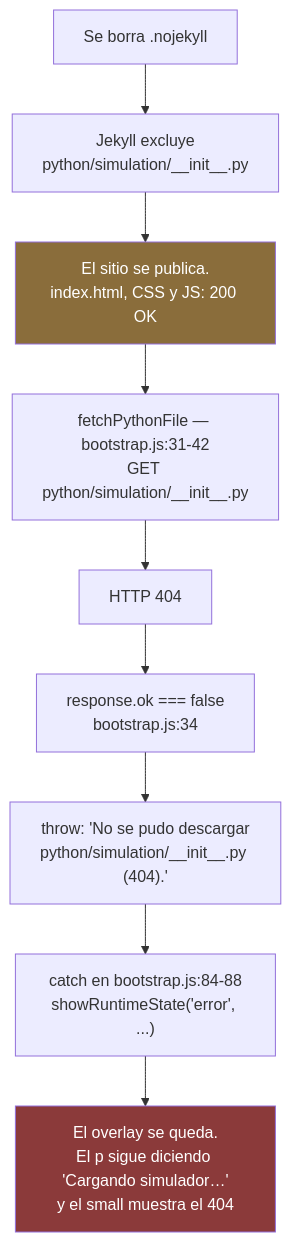
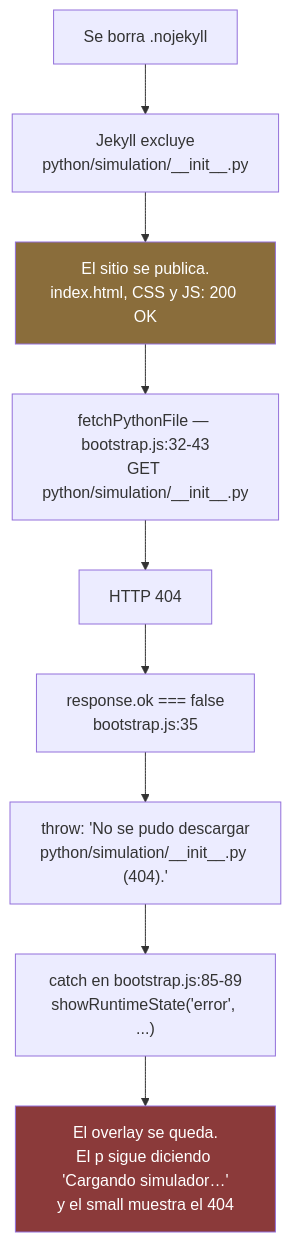
The second of 2 diagrams in docs/08-despliegue.md (Rou-uu/consenso-simulador), drawn with Mermaid before and after one commit. The commit also changed other lines of this file and 19 other files, not shown here.

````diff
--- a/docs/08-despliegue.md
+++ b/docs/08-despliegue.md
@@ -212,14 +212,14 @@
 ```mermaid
 flowchart TB
     A["Se borra .nojekyll"] --> B["Jekyll excluye<br/>python/simulation/__init__.py"]
     B --> C["El sitio se publica.<br/>index.html, CSS y JS: 200 OK"]
-    C --> D["fetchPythonFile — bootstrap.js:31-42<br/>GET python/simulation/__init__.py"]
+    C --> D["fetchPythonFile — bootstrap.js:32-43<br/>GET python/simulation/__init__.py"]
     D --> E["HTTP 404"]
-    E --> F["response.ok === false<br/>bootstrap.js:34"]
+    E --> F["response.ok === false<br/>bootstrap.js:35"]
     F --> G["throw: 'No se pudo descargar<br/>python/simulation/__init__.py (404).'"]
-    G --> H["catch en bootstrap.js:84-88<br/>showRuntimeState('error', ...)"]
+    G --> H["catch en bootstrap.js:85-89<br/>showRuntimeState('error', ...)"]
     H --> I["El overlay se queda.<br/>El p sigue diciendo 'Cargando simulador…'<br/>y el small muestra el 404"]
 
     style C fill:#8a6d3b,color:#fff
     style I fill:#8b3a3a,color:#fff
 ```
````
